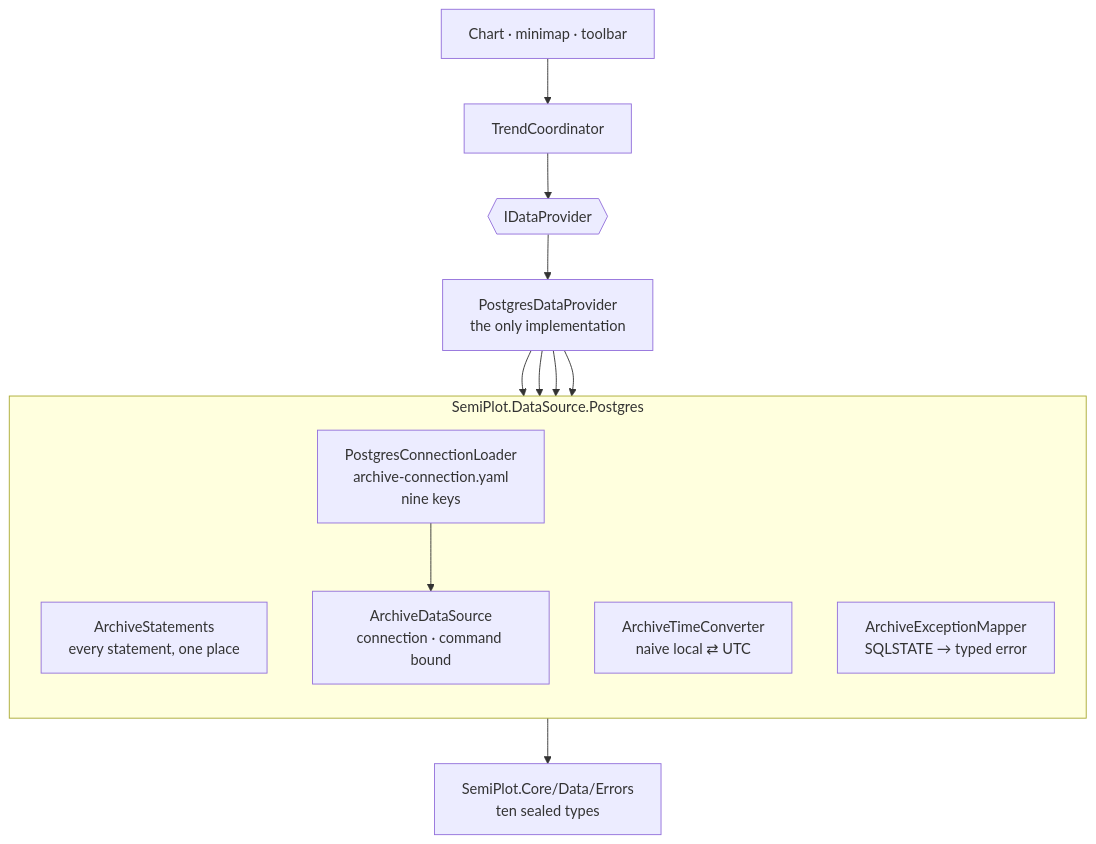
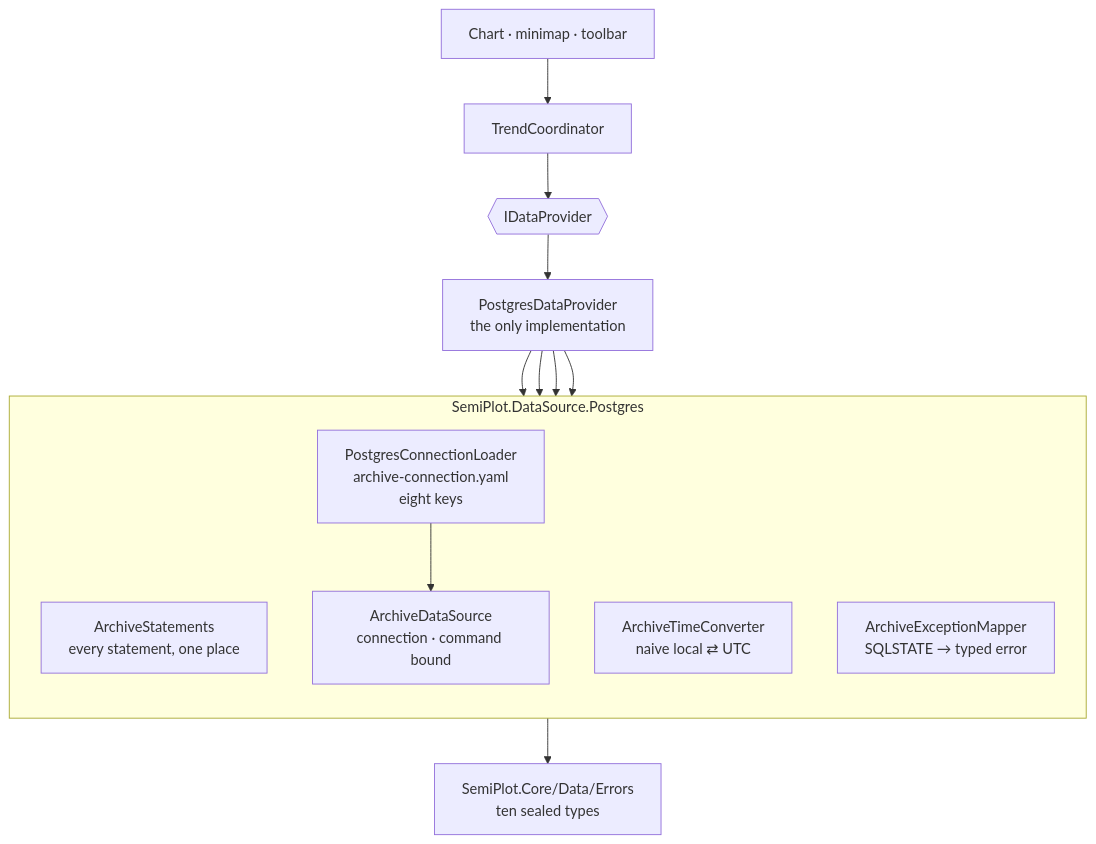
Before and after one commit to Semiteq/SemiPlot: the third of 5 diagrams in docs/architecture/postgres-topology.md, drawn with Mermaid. The commit also changed 59 other files, not shown here.

````diff
--- a/docs/architecture/postgres-topology.md
+++ b/docs/architecture/postgres-topology.md
@@ -83,27 +83,27 @@
 ```mermaid
 flowchart TB
     ui["Chart · minimap · toolbar"]
     coord["TrendCoordinator"]
     iface{{"IDataProvider"}}
     pg["PostgresDataProvider<br/>the only implementation"]
 
     subgraph plumbing["SemiPlot.DataSource.Postgres"]
         direction TB
         stmts["ArchiveStatements<br/>every statement, one place"]
         ds["ArchiveDataSource<br/>connection · command bound"]
         conv["ArchiveTimeConverter<br/>naive local ⇄ UTC"]
         mapper["ArchiveExceptionMapper<br/>SQLSTATE → typed error"]
-        loader["PostgresConnectionLoader<br/>archive-connection.yaml<br/>nine keys"]
+        loader["PostgresConnectionLoader<br/>archive-connection.yaml<br/>eight keys"]
     end
 
     errs["SemiPlot.Core/Data/Errors<br/>ten sealed types"]
 
     ui --> coord --> iface
     iface --> pg
     pg --> stmts
     pg --> ds
     pg --> conv
     pg --> mapper
     loader --> ds
     mapper --> errs
 ```
````
